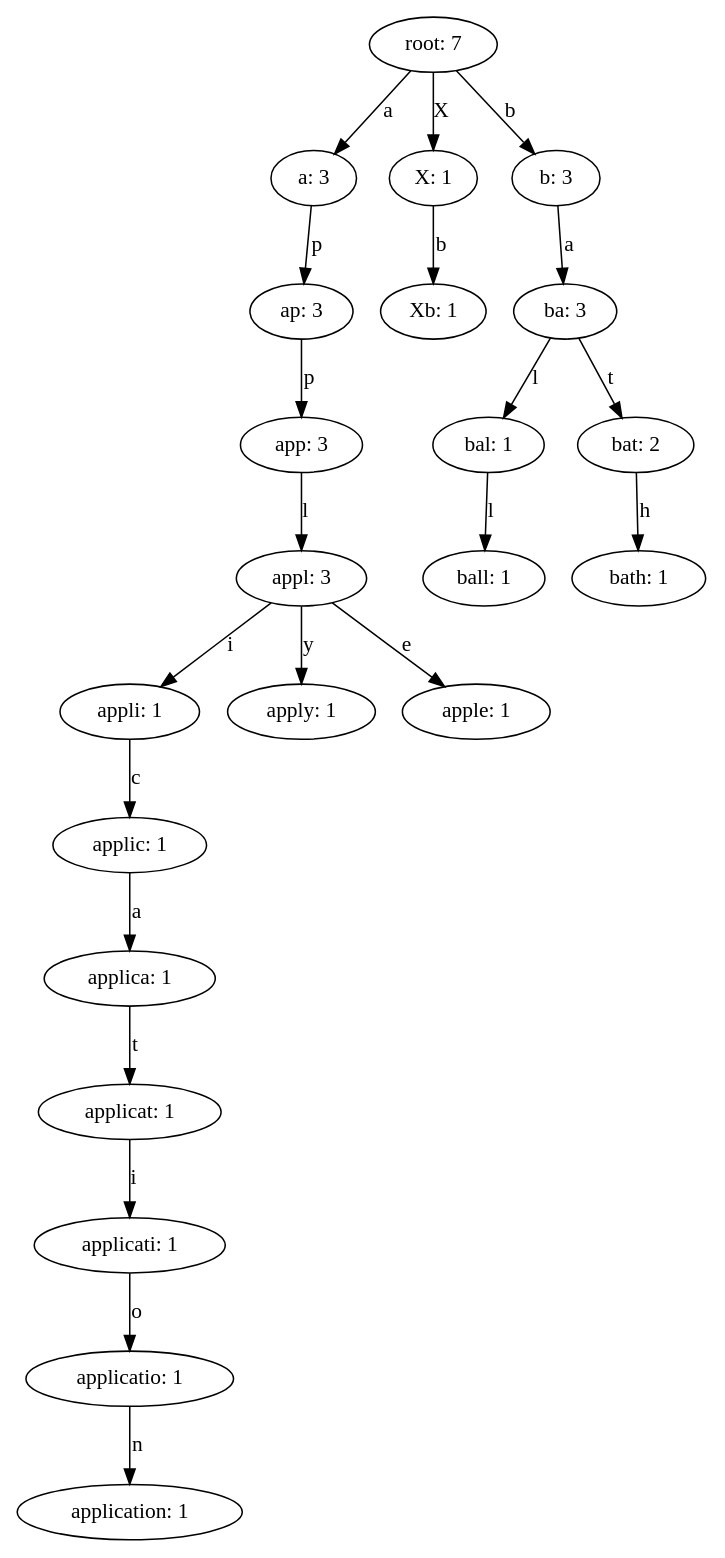
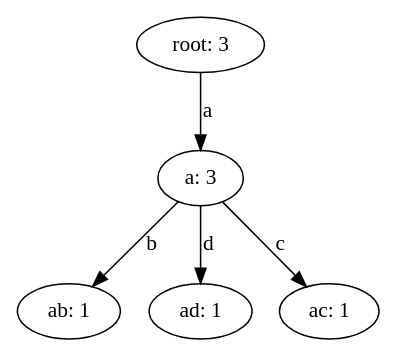
The diagram in task3/task3_3/result_pic/trie_1.dot (YuXuaann/Compile), drawn with Graphviz before and after one commit. The commit also changed 6 other files, not shown here.

```diff
--- a/task3/task3_3/result_pic/trie_1.dot
+++ b/task3/task3_3/result_pic/trie_1.dot
@@ -1,45 +1,11 @@
 digraph {
-    0 [ label = "root: 7" ]
+    0 [ label = "root: 3" ]
     1 [ label = "a: 3" ]
-    2 [ label = "ap: 3" ]
-    3 [ label = "app: 3" ]
-    4 [ label = "appl: 3" ]
-    5 [ label = "appli: 1" ]
-    6 [ label = "applic: 1" ]
-    7 [ label = "applica: 1" ]
-    8 [ label = "applicat: 1" ]
-    9 [ label = "applicati: 1" ]
-    10 [ label = "applicatio: 1" ]
-    11 [ label = "application: 1" ]
-    12 [ label = "apply: 1" ]
-    13 [ label = "apple: 1" ]
-    14 [ label = "X: 1" ]
-    15 [ label = "Xb: 1" ]
-    16 [ label = "b: 3" ]
-    17 [ label = "ba: 3" ]
-    18 [ label = "bal: 1" ]
-    19 [ label = "ball: 1" ]
-    20 [ label = "bat: 2" ]
-    21 [ label = "bath: 1" ]
+    2 [ label = "ab: 1" ]
+    3 [ label = "ad: 1" ]
+    4 [ label = "ac: 1" ]
     0 -> 1 [ label = "a" ]
-    1 -> 2 [ label = "p" ]
-    2 -> 3 [ label = "p" ]
-    3 -> 4 [ label = "l" ]
-    4 -> 5 [ label = "i" ]
-    5 -> 6 [ label = "c" ]
-    6 -> 7 [ label = "a" ]
-    7 -> 8 [ label = "t" ]
-    8 -> 9 [ label = "i" ]
-    9 -> 10 [ label = "o" ]
-    10 -> 11 [ label = "n" ]
-    4 -> 12 [ label = "y" ]
-    4 -> 13 [ label = "e" ]
-    0 -> 14 [ label = "X" ]
-    14 -> 15 [ label = "b" ]
-    0 -> 16 [ label = "b" ]
-    16 -> 17 [ label = "a" ]
-    17 -> 18 [ label = "l" ]
-    18 -> 19 [ label = "l" ]
-    17 -> 20 [ label = "t" ]
-    20 -> 21 [ label = "h" ]
+    1 -> 2 [ label = "b" ]
+    1 -> 3 [ label = "d" ]
+    1 -> 4 [ label = "c" ]
 }
```
